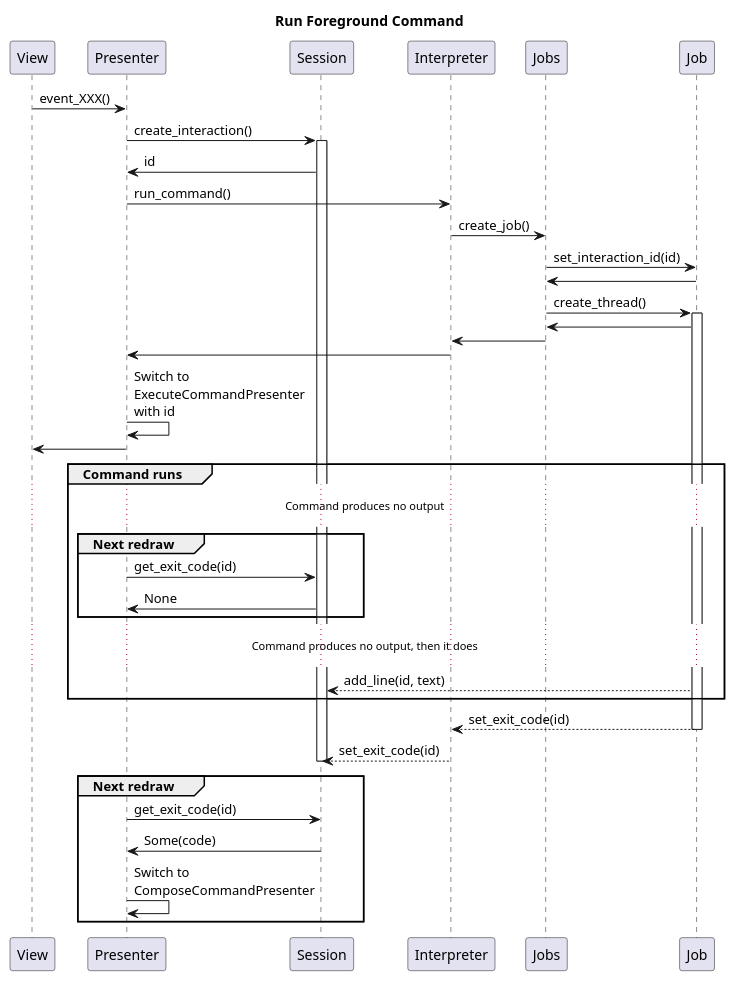
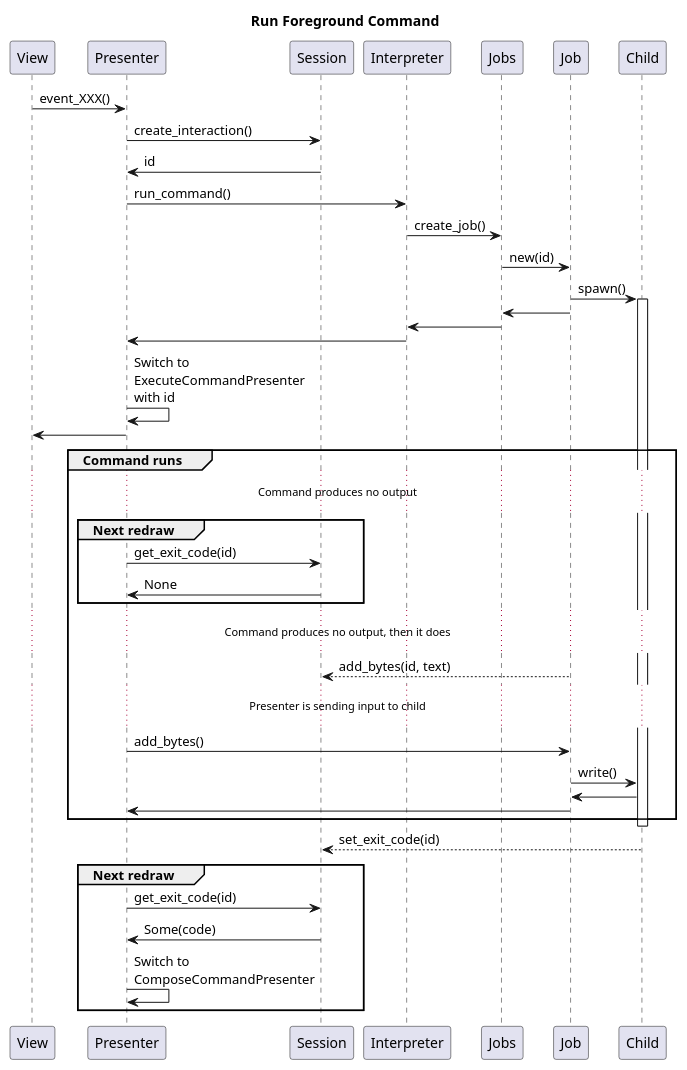
One commit to LarsEKrueger/bite changed the fourth of 5 diagrams in doc/architecture.pu. Above: the diagram before and after it, drawn with PlantUML. The commit also changed other lines of this file, not shown here.

Commit message:
doc: Update architecture diagrams

```diff
--- a/doc/architecture.pu
+++ b/doc/architecture.pu
@@ -105,42 +110,43 @@
 @startuml
 title Run Foreground Command
 
 View -> Presenter : event_XXX()
 Presenter -> Session : create_interaction()
-activate Session
 Session -> Presenter : id
 
 Presenter -> Interpreter : run_command()
 Interpreter -> Jobs : create_job()
-Jobs -> Job : set_interaction_id(id)
-Job -> Jobs
-Jobs -> Job : create_thread()
-activate Job
+Jobs -> Job : new(id)
+Job -> Child : spawn()
+activate Child
 Job -> Jobs
 Jobs -> Interpreter
 Interpreter -> Presenter
 Presenter -> Presenter : Switch to\nExecuteCommandPresenter\nwith id
 Presenter -> View
 
 group Command runs
   ... Command produces no output ...
   group Next redraw
     Presenter -> Session : get_exit_code(id)
     Session -> Presenter : None
   end
   ... Command produces no output, then it does ...
-  Job --> Session : add_line(id, text)
+  Job --> Session : add_bytes(id, text)
+  ... Presenter is sending input to child ...
+  Presenter -> Job : add_bytes()
+  Job -> Child : write()
+  Child -> Job
+  Job -> Presenter
 end
 
-Job --> Interpreter : set_exit_code(id)
-deactivate Job
-Interpreter --> Session : set_exit_code(id)
-deactivate Session
+deactivate Child
+Child --> Session : set_exit_code(id)
 
 group Next redraw
   Presenter -> Session : get_exit_code(id)
   Session -> Presenter : Some(code)
   Presenter -> Presenter : Switch to\nComposeCommandPresenter
 end
 
 @enduml
```
